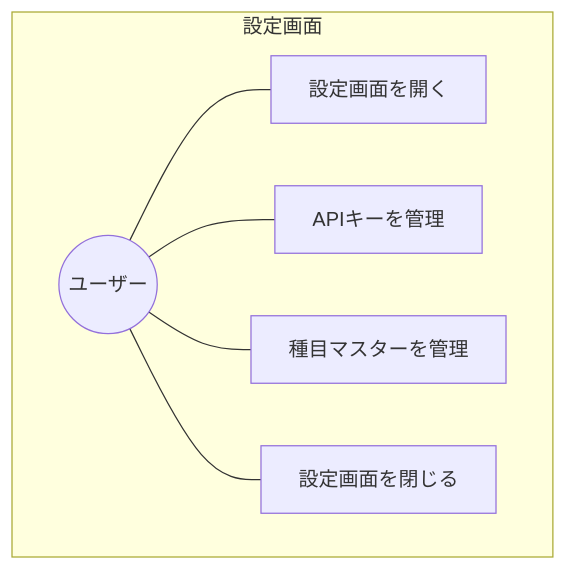
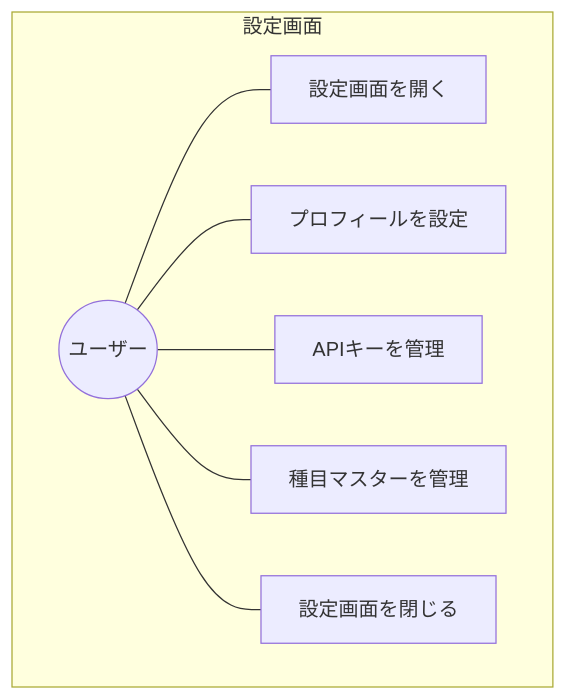
One commit to SakumaTakuya/gymini changed the first of 2 diagrams in docs/prd/settings/index.md. Above: the diagram before and after it, drawn with Mermaid. The commit also changed other lines of this file and 9 other files, not shown here.

````diff
--- a/docs/prd/settings/index.md
+++ b/docs/prd/settings/index.md
@@ -31,15 +31,17 @@
 ```mermaid
 graph TB
     subgraph "設定画面"
         User((ユーザー))
         OpenSettings[設定画面を開く]
+        ManageProfile[プロフィールを設定]
         ManageAPIKey[APIキーを管理]
         ManageExercise[種目マスターを管理]
         CloseSettings[設定画面を閉じる]
     end
 
     User --- OpenSettings
+    User --- ManageProfile
     User --- ManageAPIKey
     User --- ManageExercise
     User --- CloseSettings
 ```
````
